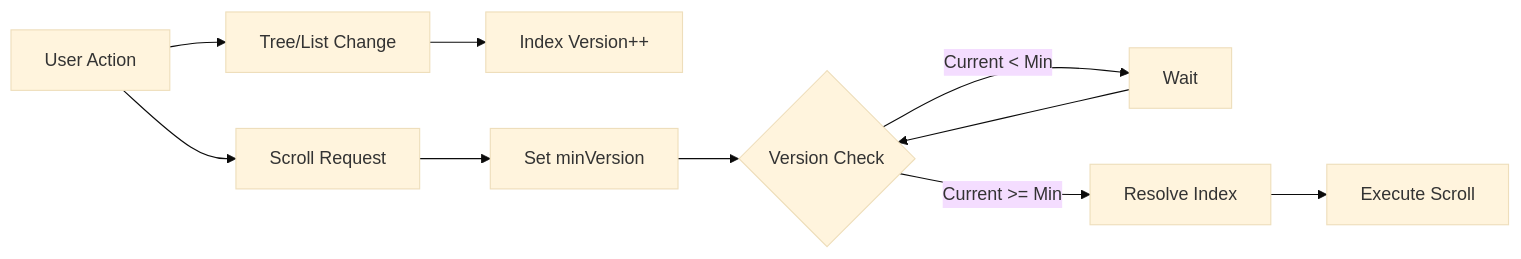
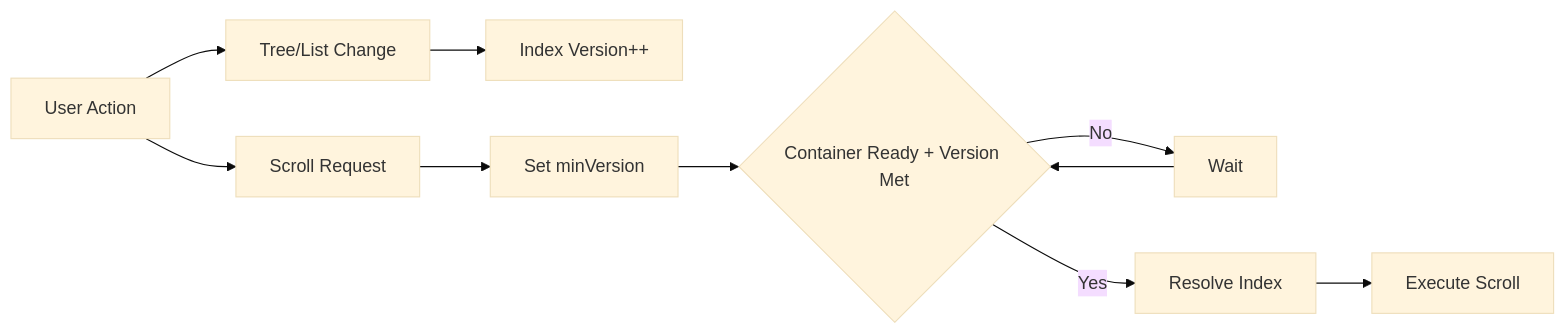
The diagram in docs/scroll-orchestration.md (psxvoid/notebook-navigator), drawn with Mermaid (base theme) before and after one commit. The commit also changed other lines of this file and 3 other files, not shown here.

````diff
--- a/docs/scroll-orchestration.md
+++ b/docs/scroll-orchestration.md
@@ -57,12 +61,12 @@
 ```mermaid
 graph LR
     A[User Action] --> B[Tree/List Change]
     B --> C[Index Version++]
     A --> D[Scroll Request]
     D --> E[Set minVersion]
-    E --> F{Version Check}
-    F -->|Current < Min| G[Wait]
-    F -->|Current >= Min| H[Resolve Index]
+    E --> F{Container Ready + Version Met}
+    F -->|No| G[Wait]
+    F -->|Yes| H[Resolve Index]
     H --> I[Execute Scroll]
     G --> F
 ```
````
